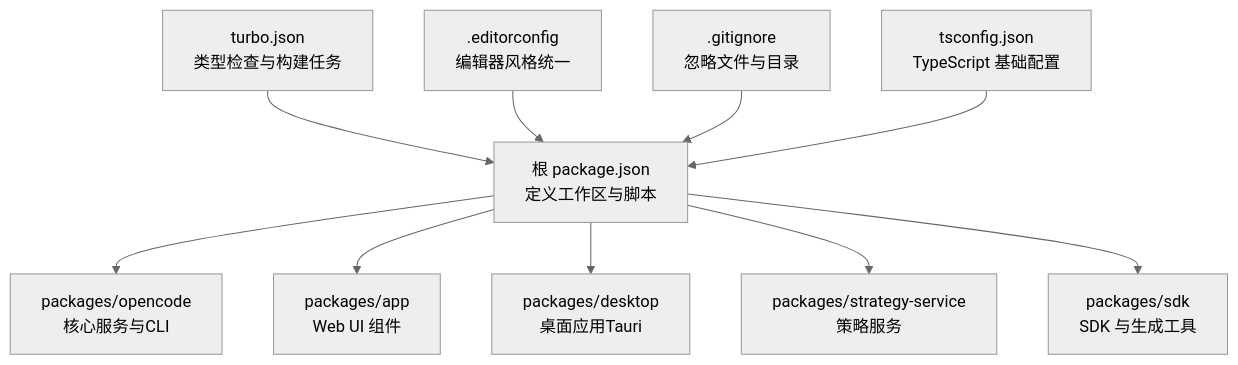
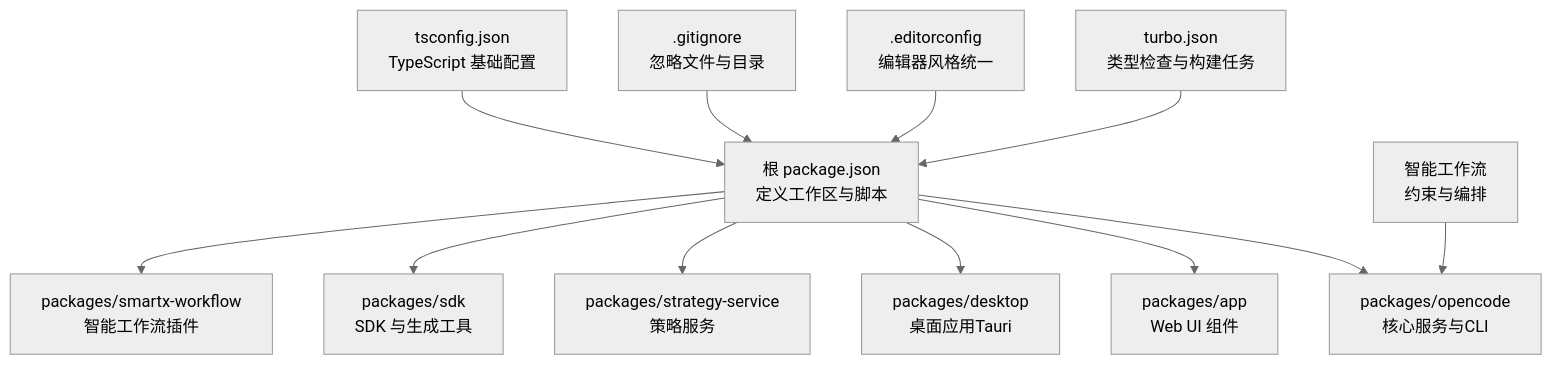
Before and after one commit to 89780012/opencode: the first of 3 diagrams in .lingma/repowiki/zh/content/开发者指南/开发流程/开发流程.md, drawn with Mermaid (neutral theme). The commit also changed other lines of this file and 19 other files, not shown here.

````diff
--- a/.lingma/repowiki/zh/content/开发者指南/开发流程/开发流程.md
+++ b/.lingma/repowiki/zh/content/开发者指南/开发流程/开发流程.md
@@ -44,12 +53,14 @@
 ```mermaid
 graph TB
 RootPkg["根 package.json<br/>定义工作区与脚本"] --> OpencodePkg["packages/opencode<br/>核心服务与CLI"]
 RootPkg --> AppPkg["packages/app<br/>Web UI 组件"]
 RootPkg --> DesktopPkg["packages/desktop<br/>桌面应用Tauri"]
 RootPkg --> StrategyServicePkg["packages/strategy-service<br/>策略服务"]
 RootPkg --> SdkPkg["packages/sdk<br/>SDK 与生成工具"]
+RootPkg --> SmartxWorkflowPkg["packages/smartx-workflow<br/>智能工作流插件"]
 Turbo["turbo.json<br/>类型检查与构建任务"] --> RootPkg
 EditorConfig[".editorconfig<br/>编辑器风格统一"] --> RootPkg
 GitIgnore[".gitignore<br/>忽略文件与目录"] --> RootPkg
 TsCfg["tsconfig.json<br/>TypeScript 基础配置"] --> RootPkg
+SmartxWorkflow["智能工作流<br/>约束与编排"] --> OpencodePkg
 ```
````
